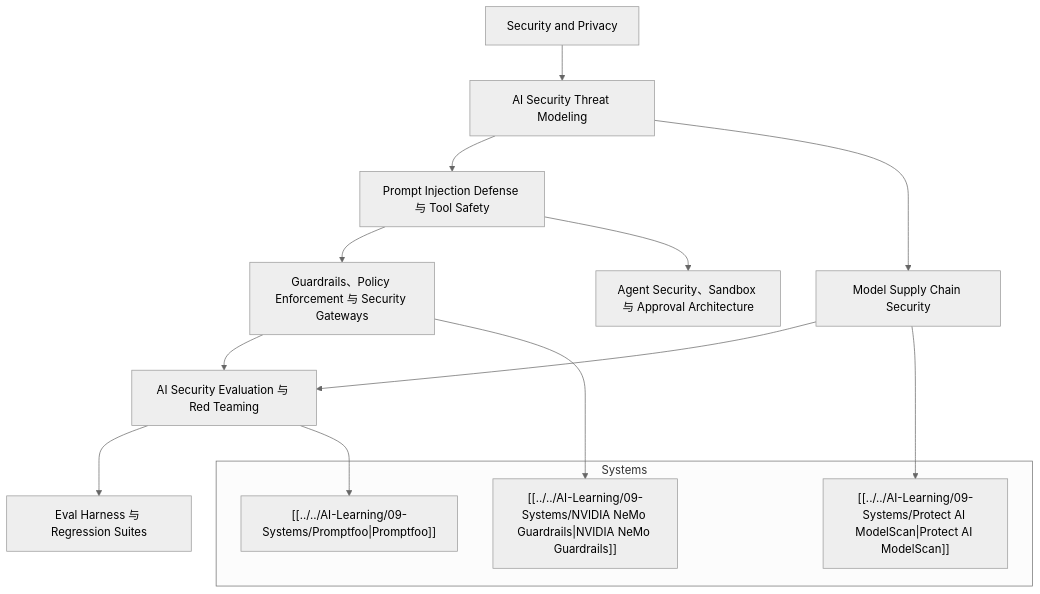
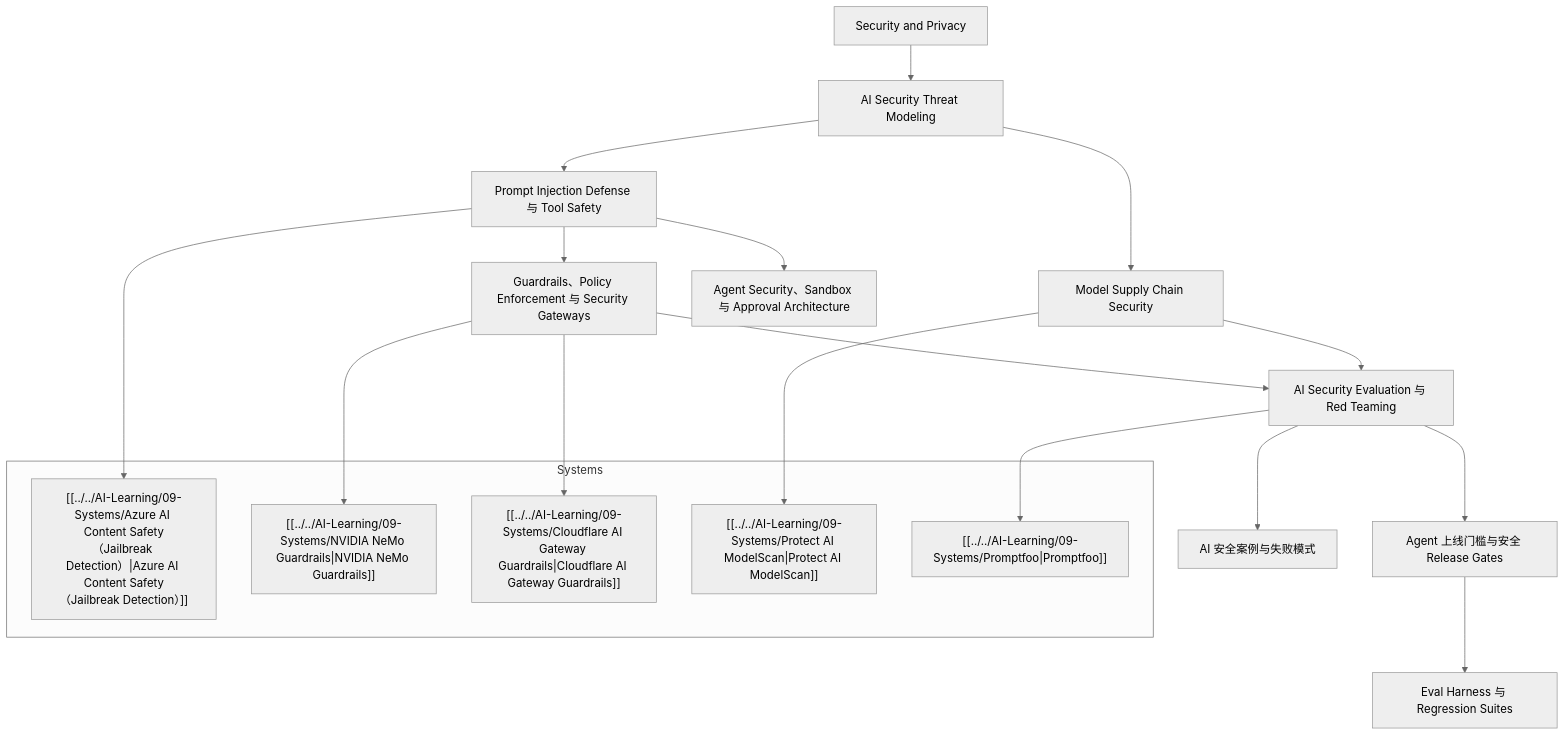
One commit to superliyang/tony-2026 changed the diagram in 01-Areas/AI-Engineering/08-Maps/AI Security Engineering Map.md. Above: the diagram before and after it, drawn with Mermaid (neutral theme). The commit also changed other lines of this file and 21 other files, not shown here.

````diff
--- a/01-Areas/AI-Engineering/08-Maps/AI Security Engineering Map.md
+++ b/01-Areas/AI-Engineering/08-Maps/AI Security Engineering Map.md
@@ -14,21 +14,27 @@
 ```mermaid
 flowchart TD
   SP["Security and Privacy"] --> TM["AI Security Threat Modeling"]
   TM --> PI["Prompt Injection Defense 与 Tool Safety"]
   TM --> MS["Model Supply Chain Security"]
   PI --> GR["Guardrails、Policy Enforcement 与 Security Gateways"]
   PI --> AP["Agent Security、Sandbox 与 Approval Architecture"]
   GR --> RT["AI Security Evaluation 与 Red Teaming"]
   MS --> RT
-  RT --> EVAL["Eval Harness 与 Regression Suites"]
+  RT --> CASES["AI 安全案例与失败模式"]
+  RT --> GATE["Agent 上线门槛与安全 Release Gates"]
+  GATE --> EVAL["Eval Harness 与 Regression Suites"]
 
   subgraph systems["Systems"]
+    ACS["[[../../AI-Learning/09-Systems/Azure AI Content Safety（Jailbreak Detection）|Azure AI Content Safety（Jailbreak Detection）]]"]
     NG["[[../../AI-Learning/09-Systems/NVIDIA NeMo Guardrails|NVIDIA NeMo Guardrails]]"]
+    CFG["[[../../AI-Learning/09-Systems/Cloudflare AI Gateway Guardrails|Cloudflare AI Gateway Guardrails]]"]
     MSCAN["[[../../AI-Learning/09-Systems/Protect AI ModelScan|Protect AI ModelScan]]"]
     PFO["[[../../AI-Learning/09-Systems/Promptfoo|Promptfoo]]"]
   end
 
+  PI --> ACS
   GR --> NG
+  GR --> CFG
   MS --> MSCAN
   RT --> PFO
 ```
````
